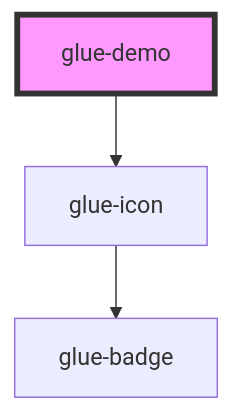
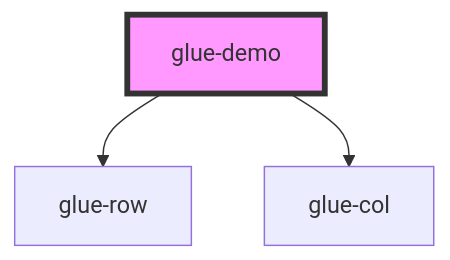
Before and after one commit to grasilife/glue: the diagram in packages/glue-components/src/components/glue-demo/readme.md, drawn with Mermaid. The commit also changed other lines of this file and 13 other files, not shown here.

````diff
--- a/packages/glue-components/src/components/glue-demo/readme.md
+++ b/packages/glue-components/src/components/glue-demo/readme.md
@@ -22,6 +23,6 @@
 ```mermaid
 graph TD;
-  glue-demo --> glue-icon
-  glue-icon --> glue-badge
+  glue-demo --> glue-row
+  glue-demo --> glue-col
   style glue-demo fill:#f9f,stroke:#333,stroke-width:4px
 ```
````
